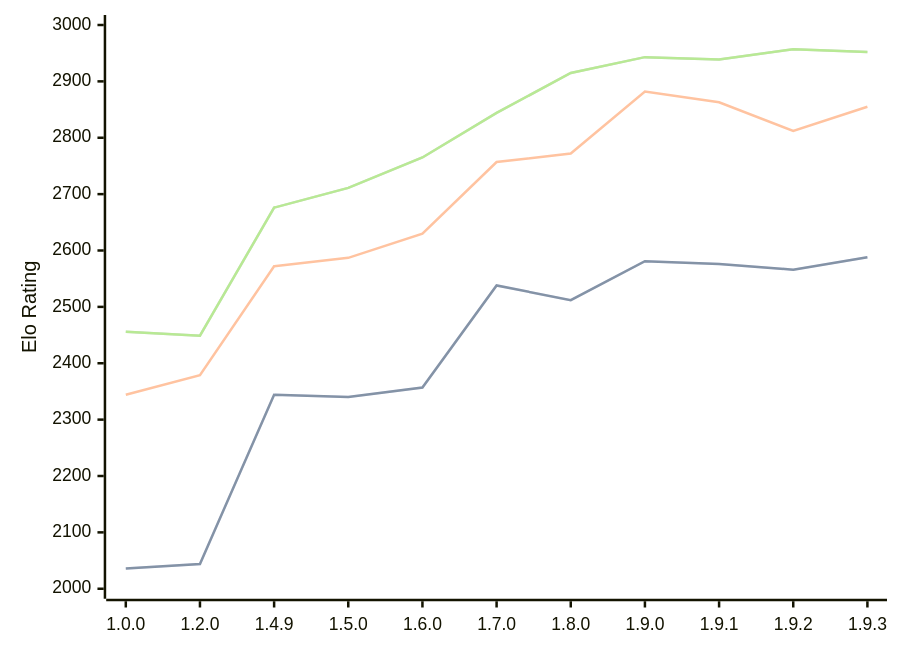
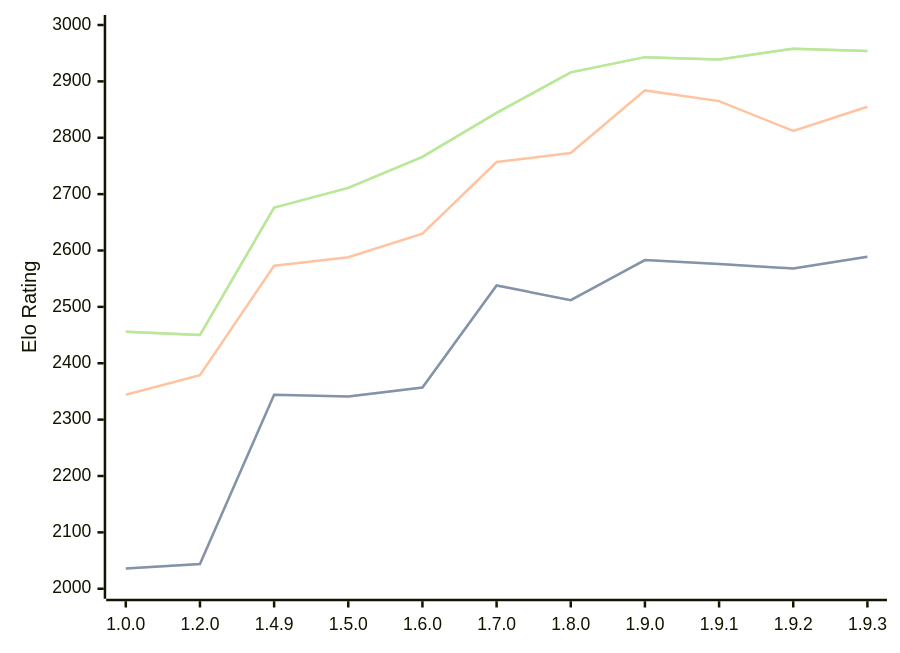
Before and after one commit to computer-chess-index/cci: the diagram in engines/Basilisk.md, drawn with Mermaid. The commit also changed other lines of this file, not shown here.

Commit message:
Update CCI Ratings (ELO VLTC) - 2026-08-20

````diff
--- a/engines/Basilisk.md
+++ b/engines/Basilisk.md
@@ -54,11 +54,11 @@
 ```mermaid
 %%{init: {"theme":"base","themeVariables":{"seriesColors:['#a3a3a3','#222221','#faa371']}}}%%
 xychart-beta
   x-axis ["1.0.0", "1.2.0", "1.4.9", "1.5.0", "1.6.0", "1.7.0", "1.8.0", "1.9.0", "1.9.1", "1.9.2", "1.9.3"]
   y-axis "Elo Rating" 2000 --> 3000
-  line "STC (8.0+0.08s)" [2036, 2044, 2344, 2340, 2357, 2538, 2512, 2581, 2576, 2566, 2588]
-  line "STC (8.0+0.08s)" [2036, 2044, 2344, 2340, 2357, 2538, 2512, 2581, 2576, 2566, 2588]
-  line "LTC (60.0+0.60s)" [2344, 2379, 2572, 2587, 2630, 2757, 2772, 2882, 2863, 2812, 2855]
-  line "VLTC (2m24s+1.12s)" [2456, 2449, 2676, 2711, 2765, 2844, 2915, 2943, 2939, 2957, 2952]
-  line "VLTC (2m24s+1.12s)" [2456, 2449, 2676, 2711, 2765, 2844, 2915, 2943, 2939, 2957, 2952]
+  line "STC (8.0+0.08s)" [2036, 2044, 2344, 2341, 2357, 2538, 2512, 2583, 2576, 2568, 2589]
+  line "STC (8.0+0.08s)" [2036, 2044, 2344, 2341, 2357, 2538, 2512, 2583, 2576, 2568, 2589]
+  line "LTC (60.0+0.60s)" [2344, 2379, 2573, 2588, 2630, 2757, 2773, 2884, 2865, 2812, 2855]
+  line "VLTC (2m24s+1.12s)" [2456, 2450, 2676, 2711, 2766, 2844, 2916, 2943, 2939, 2958, 2954]
+  line "VLTC (2m24s+1.12s)" [2456, 2450, 2676, 2711, 2766, 2844, 2916, 2943, 2939, 2958, 2954]
 ```
````
